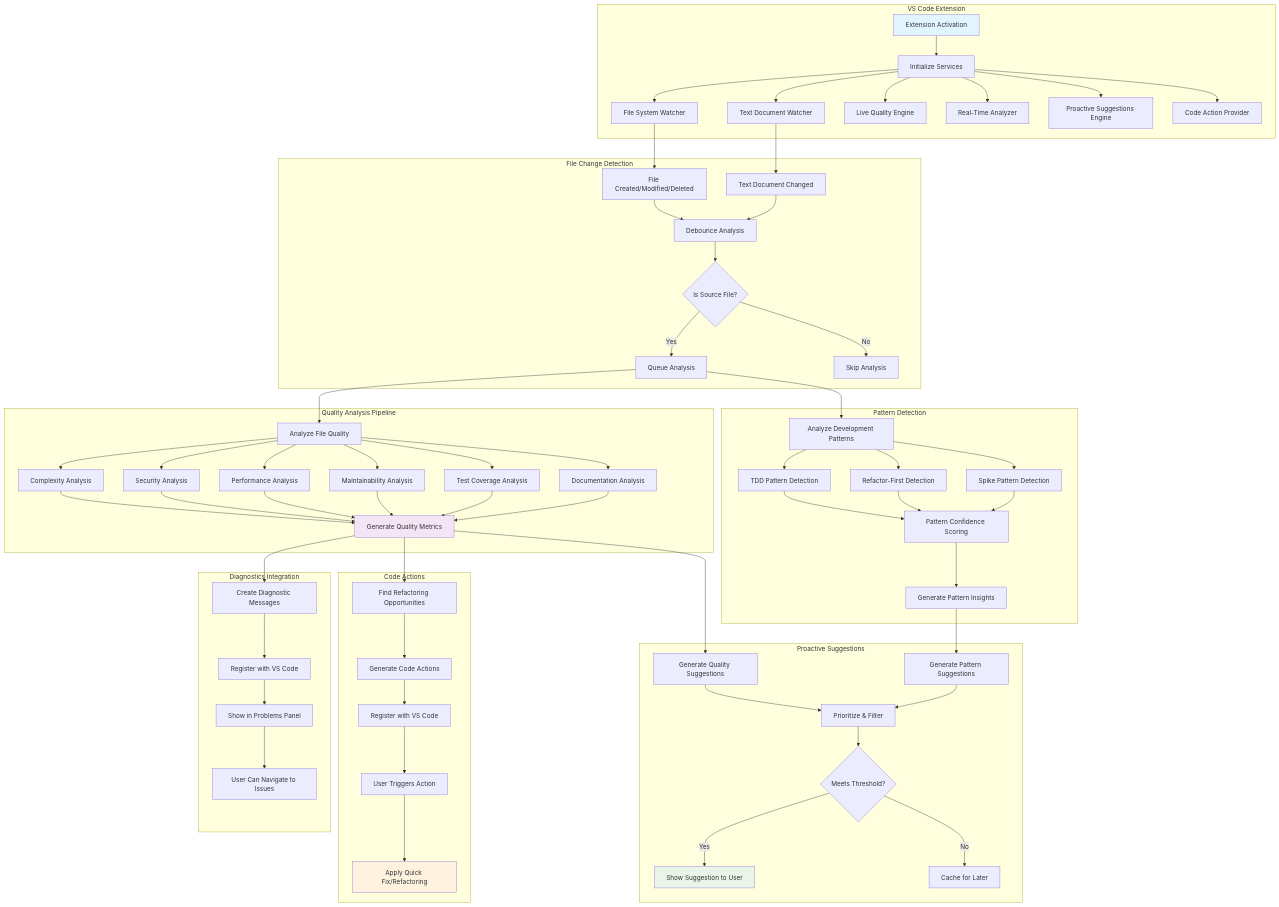
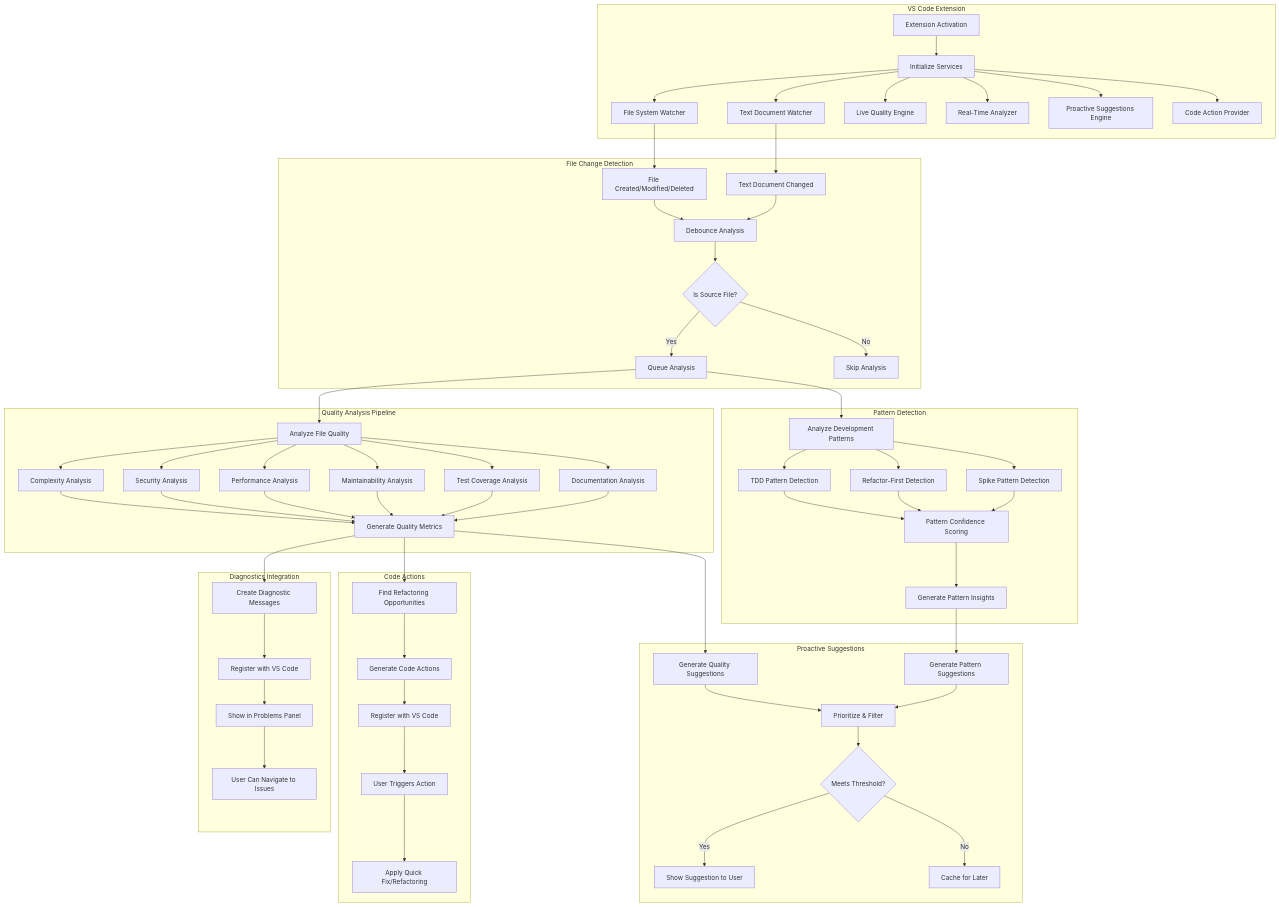
Before and after one commit to geogoesbeepboop/mastro: the first of 7 diagrams in docs/diagrams/mastro-realtime-analysis-flow.md, drawn with Mermaid. The commit also changed other lines of this file and 5 other files, not shown here.

First line of the commit message:
docs: update analytics and flow diagrams for clarity

````diff
--- a/docs/diagrams/mastro-realtime-analysis-flow.md
+++ b/docs/diagrams/mastro-realtime-analysis-flow.md
@@ -5,81 +5,83 @@
 ```mermaid
+
 graph TB
     subgraph "VS Code Extension"
         A[Extension Activation] --> B[Initialize Services]
         B --> C[File System Watcher]
         B --> D[Text Document Watcher]  
         B --> E[Live Quality Engine]
         B --> F[Real-Time Analyzer]
         B --> G[Proactive Suggestions Engine]
         B --> H[Code Action Provider]
     end
     
     subgraph "File Change Detection"
         C --> I[File Created/Modified/Deleted]
         D --> J[Text Document Changed]
         I --> K[Debounce Analysis]
         J --> K
         K --> L{Is Source File?}
         L -->|Yes| M[Queue Analysis]
         L -->|No| N[Skip Analysis]
     end
     
     subgraph "Quality Analysis Pipeline"
         M --> O[Analyze File Quality]
         O --> P[Complexity Analysis]
         O --> Q[Security Analysis]
         O --> R[Performance Analysis]  
         O --> S[Maintainability Analysis]
         O --> T[Test Coverage Analysis]
         O --> U[Documentation Analysis]
         
         P --> V[Generate Quality Metrics]
         Q --> V
         R --> V
         S --> V
         T --> V
         U --> V
     end
     
     subgraph "Pattern Detection"
         M --> W[Analyze Development Patterns]
         W --> X[TDD Pattern Detection]
         W --> Y[Refactor-First Detection]
         W --> Z[Spike Pattern Detection]
         
         X --> AA[Pattern Confidence Scoring]
         Y --> AA
         Z --> AA
         AA --> BB[Generate Pattern Insights]
     end
     
     subgraph "Proactive Suggestions"
         V --> CC[Generate Quality Suggestions]
         BB --> DD[Generate Pattern Suggestions]
         CC --> EE[Prioritize & Filter]
         DD --> EE
         EE --> FF{Meets Threshold?}
         FF -->|Yes| GG[Show Suggestion to User]
         FF -->|No| HH[Cache for Later]
     end
     
     subgraph "Code Actions"
         V --> II[Find Refactoring Opportunities]
         II --> JJ[Generate Code Actions]
         JJ --> KK[Register with VS Code]
         KK --> LL[User Triggers Action]
         LL --> MM[Apply Quick Fix/Refactoring]
     end
     
     subgraph "Diagnostics Integration"
         V --> NN[Create Diagnostic Messages]
         NN --> OO[Register with VS Code]
         OO --> PP[Show in Problems Panel]
         PP --> QQ[User Can Navigate to Issues]
     end
     
-    style A fill:#e1f5fe
-    style V fill:#f3e5f5
-    style GG fill:#e8f5e8
-    style MM fill:#fff3e0
+    style A fill:#e1f5fe color:#000000
+    style V fill:#f3e5f5 color:#000000
+    style GG fill:#e8f5e8 color:#000000
+    style MM fill:#fff3e0 color:#000000
+
 ```
````
